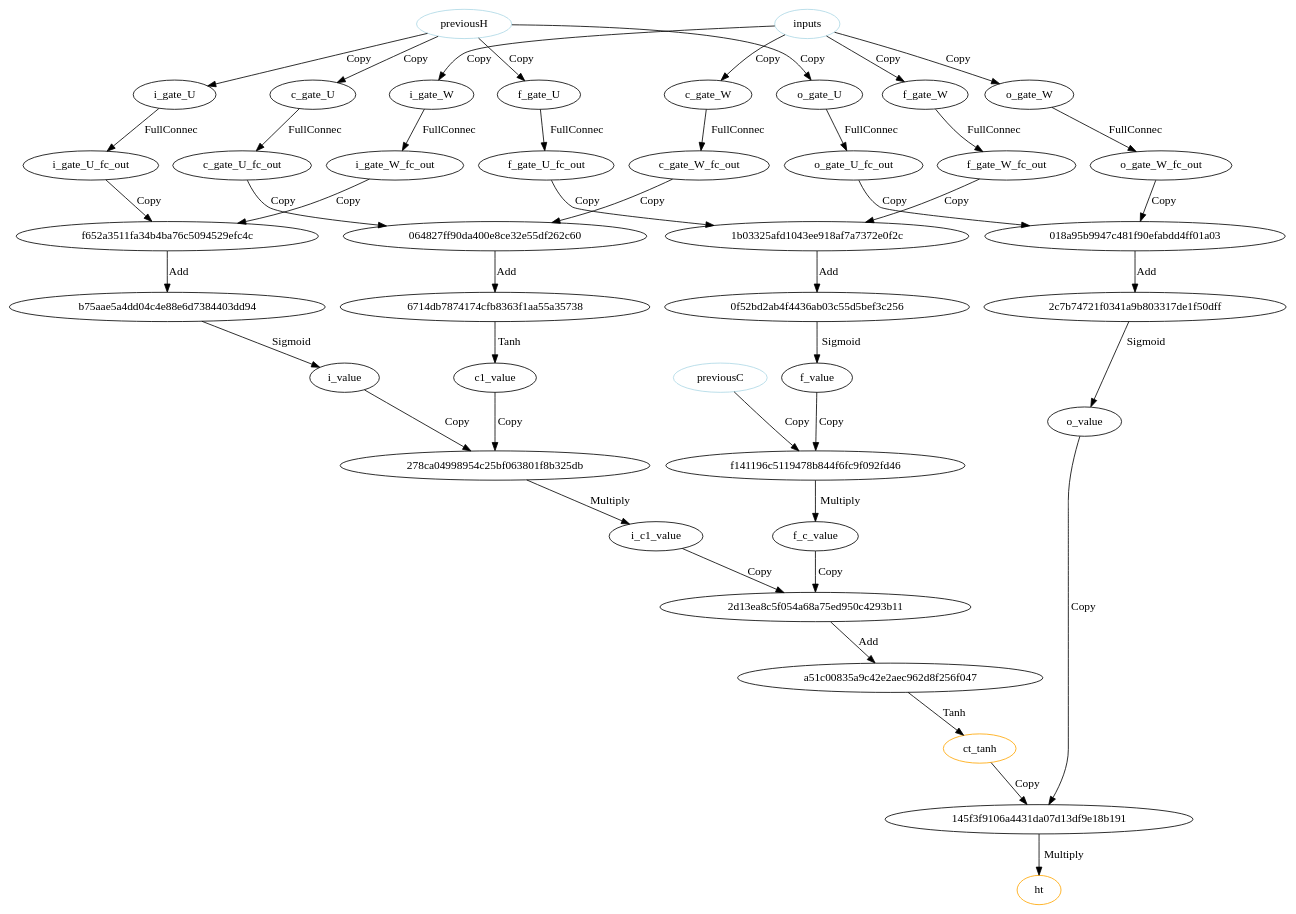
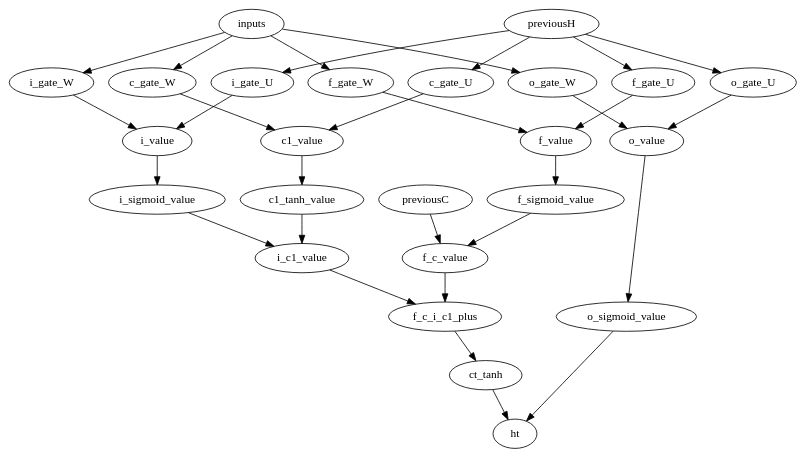
One commit to daibinhua888/NeuronFramework changed the diagram in ConsoleApp1/bin/Debug/lstm.dot. Above: the diagram before and after it, drawn with Graphviz. The commit also changed 28 other files, not shown here.

Commit message:
做新版图计算引擎

```diff
--- a/ConsoleApp1/bin/Debug/lstm.dot
+++ b/ConsoleApp1/bin/Debug/lstm.dot
@@ -1,52 +1,31 @@
 digraph G{
-"inputs"->"f_gate_W"[label="Copy"]
-"inputs"->"i_gate_W"[label="Copy"]
-"inputs"->"o_gate_W"[label="Copy"]
-"inputs"->"c_gate_W"[label="Copy"]
-"f_gate_W"->"f_gate_W_fc_out"[label="FullConnec"]
-"f_gate_W_fc_out"->"1b03325afd1043ee918af7a7372e0f2c"[label="Copy"]
-"1b03325afd1043ee918af7a7372e0f2c"->"0f52bd2ab4f4436ab03c55d5bef3c256"[label="Add"]
-"f_gate_U_fc_out"->"1b03325afd1043ee918af7a7372e0f2c"[label="Copy"]
-"0f52bd2ab4f4436ab03c55d5bef3c256"->"f_value"[label="Sigmoid"]
-"f_value"->"f141196c5119478b844f6fc9f092fd46"[label="Copy"]
-"f141196c5119478b844f6fc9f092fd46"->"f_c_value"[label="Multiply"]
-"previousC"->"f141196c5119478b844f6fc9f092fd46"[label="Copy"]
-"f_c_value"->"2d13ea8c5f054a68a75ed950c4293b11"[label="Copy"]
-"2d13ea8c5f054a68a75ed950c4293b11"->"a51c00835a9c42e2aec962d8f256f047"[label="Add"]
-"i_c1_value"->"2d13ea8c5f054a68a75ed950c4293b11"[label="Copy"]
-"a51c00835a9c42e2aec962d8f256f047"->"ct_tanh"[label="Tanh"]
-"ct_tanh"->"145f3f9106a4431da07d13df9e18b191"[label="Copy"]
-"145f3f9106a4431da07d13df9e18b191"->"ht"[label="Multiply"]
-"o_value"->"145f3f9106a4431da07d13df9e18b191"[label="Copy"]
-"2c7b74721f0341a9b803317de1f50dff"->"o_value"[label="Sigmoid"]
-"018a95b9947c481f90efabdd4ff01a03"->"2c7b74721f0341a9b803317de1f50dff"[label="Add"]
-"o_gate_W_fc_out"->"018a95b9947c481f90efabdd4ff01a03"[label="Copy"]
-"o_gate_U_fc_out"->"018a95b9947c481f90efabdd4ff01a03"[label="Copy"]
-"o_gate_W"->"o_gate_W_fc_out"[label="FullConnec"]
-"o_gate_U"->"o_gate_U_fc_out"[label="FullConnec"]
-"previousH"->"o_gate_U"[label="Copy"]
-"previousH"->"f_gate_U"[label="Copy"]
-"previousH"->"i_gate_U"[label="Copy"]
-"previousH"->"c_gate_U"[label="Copy"]
-"f_gate_U"->"f_gate_U_fc_out"[label="FullConnec"]
-"i_gate_U"->"i_gate_U_fc_out"[label="FullConnec"]
-"i_gate_U_fc_out"->"f652a3511fa34b4ba76c5094529efc4c"[label="Copy"]
-"f652a3511fa34b4ba76c5094529efc4c"->"b75aae5a4dd04c4e88e6d7384403dd94"[label="Add"]
-"i_gate_W_fc_out"->"f652a3511fa34b4ba76c5094529efc4c"[label="Copy"]
-"b75aae5a4dd04c4e88e6d7384403dd94"->"i_value"[label="Sigmoid"]
-"i_value"->"278ca04998954c25bf063801f8b325db"[label="Copy"]
-"278ca04998954c25bf063801f8b325db"->"i_c1_value"[label="Multiply"]
-"c1_value"->"278ca04998954c25bf063801f8b325db"[label="Copy"]
-"6714db7874174cfb8363f1aa55a35738"->"c1_value"[label="Tanh"]
-"064827ff90da400e8ce32e55df262c60"->"6714db7874174cfb8363f1aa55a35738"[label="Add"]
-"c_gate_W_fc_out"->"064827ff90da400e8ce32e55df262c60"[label="Copy"]
-"c_gate_U_fc_out"->"064827ff90da400e8ce32e55df262c60"[label="Copy"]
-"c_gate_W"->"c_gate_W_fc_out"[label="FullConnec"]
-"c_gate_U"->"c_gate_U_fc_out"[label="FullConnec"]
-"i_gate_W"->"i_gate_W_fc_out"[label="FullConnec"]
-"ct_tanh"[color=orange]
-"ht"[color=orange]
-"inputs"[color=lightblue]
-"previousH"[color=lightblue]
-"previousC"[color=lightblue]
+"inputs"->"f_gate_W"
+"inputs"->"i_gate_W"
+"inputs"->"o_gate_W"
+"inputs"->"c_gate_W"
+"previousH"->"f_gate_U"
+"previousH"->"i_gate_U"
+"previousH"->"o_gate_U"
+"previousH"->"c_gate_U"
+"previousC"->"f_c_value"
+"f_gate_W"->"f_value"
+"f_gate_U"->"f_value"
+"i_gate_W"->"i_value"
+"i_gate_U"->"i_value"
+"o_gate_W"->"o_value"
+"o_gate_U"->"o_value"
+"c_gate_W"->"c1_value"
+"c_gate_U"->"c1_value"
+"f_value"->"f_sigmoid_value"
+"i_value"->"i_sigmoid_value"
+"o_value"->"o_sigmoid_value"
+"c1_value"->"c1_tanh_value"
+"f_sigmoid_value"->"f_c_value"
+"i_sigmoid_value"->"i_c1_value"
+"o_sigmoid_value"->"ht"
+"c1_tanh_value"->"i_c1_value"
+"f_c_value"->"f_c_i_c1_plus"
+"i_c1_value"->"f_c_i_c1_plus"
+"f_c_i_c1_plus"->"ct_tanh"
+"ct_tanh"->"ht"
 }
```
